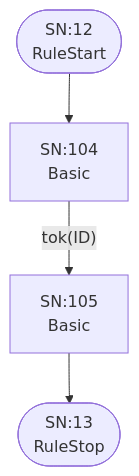
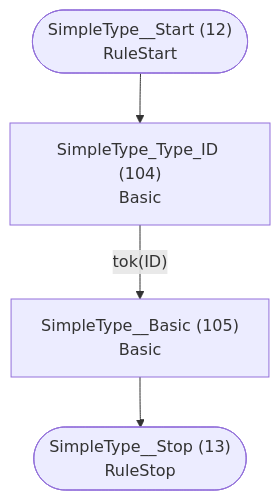
One commit to TypeFox/fastbelt changed the seventh of 25 diagrams in internal/grammar/atn.md. Above: the diagram before and after it, drawn with Mermaid. The commit also changed other lines of this file and 26 other files, not shown here.

````diff
--- a/internal/grammar/atn.md
+++ b/internal/grammar/atn.md
@@ -183,11 +183,11 @@
 ```mermaid
 flowchart TD
-    q12(["SN:12<br/>RuleStart"])
-    q13(["SN:13<br/>RuleStop"])
-    q104["SN:104<br/>Basic<br/>"]
-    q105["SN:105<br/>Basic<br/>"]
+    q12(["SimpleType__Start (12)<br/>RuleStart"])
+    q13(["SimpleType__Stop (13)<br/>RuleStop"])
+    q104["SimpleType_Type_ID (104)<br/>Basic<br/>"]
+    q105["SimpleType__Basic (105)<br/>Basic<br/>"]
 
     q12 --> q104
     q104 -->|"tok(ID)"| q105
     q105 --> q13
 ```
````
